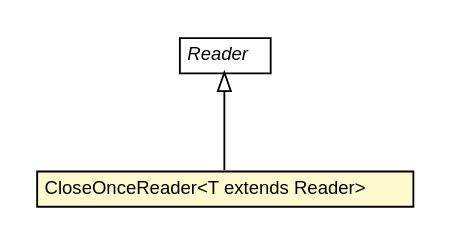
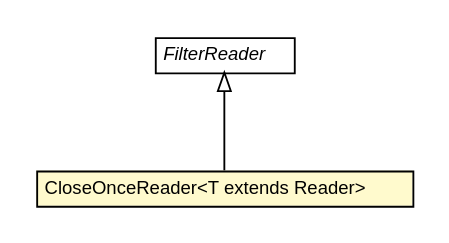
Before and after one commit to helderfpires/io-tools: the diagram in www/easystream/apidocs/com/gc/iotools/stream/reader/CloseOnceReader.dot, drawn with Graphviz. The commit also changed 189 other files, not shown here.

```diff
--- a/www/easystream/apidocs/com/gc/iotools/stream/reader/CloseOnceReader.dot
+++ b/www/easystream/apidocs/com/gc/iotools/stream/reader/CloseOnceReader.dot
@@ -1,26 +1,26 @@
 #!/usr/local/bin/dot
 #
 # Class diagram 
 # Generated by UMLGraph version 5.1 (http://www.umlgraph.org/)
 #
 
 digraph G {
 	edge [fontname="Helvetica",fontsize=10,labelfontname="Helvetica",labelfontsize=10];
 	node [fontname="Helvetica",fontsize=10,shape=plaintext];
 	nodesep=0.25;
 	ranksep=0.5;
 	// com.gc.iotools.stream.reader.CloseOnceReader<T extends java.io.Reader>
-	c1728 [label=<<table title="com.gc.iotools.stream.reader.CloseOnceReader" border="0" cellborder="1" cellspacing="0" cellpadding="2" port="p" bgcolor="lemonChiffon" href="./CloseOnceReader.html">
+	c802 [label=<<table title="com.gc.iotools.stream.reader.CloseOnceReader" border="0" cellborder="1" cellspacing="0" cellpadding="2" port="p" bgcolor="lemonChiffon" href="./CloseOnceReader.html">
 		<tr><td><table border="0" cellspacing="0" cellpadding="1">
 <tr><td align="center" balign="center"> CloseOnceReader&lt;T extends Reader&gt; </td></tr>
 		</table></td></tr>
 		</table>>, fontname="Helvetica", fontcolor="black", fontsize=10.0];
-	//com.gc.iotools.stream.reader.CloseOnceReader<T extends java.io.Reader> extends java.io.Reader
-	c1732:p -> c1728:p [dir=back,arrowtail=empty];
-	// java.io.Reader
-	c1732 [label=<<table title="java.io.Reader" border="0" cellborder="1" cellspacing="0" cellpadding="2" port="p" href="http://java.sun.com/j2se/1.5.0/docs/api/java/io/Reader.html">
+	//com.gc.iotools.stream.reader.CloseOnceReader<T extends java.io.Reader> extends java.io.FilterReader
+	c833:p -> c802:p [dir=back,arrowtail=empty];
+	// java.io.FilterReader
+	c833 [label=<<table title="java.io.FilterReader" border="0" cellborder="1" cellspacing="0" cellpadding="2" port="p" href="http://java.sun.com/javase/6/docs/api/java/io/FilterReader.html">
 		<tr><td><table border="0" cellspacing="0" cellpadding="1">
-<tr><td align="center" balign="center"><font face="Helvetica-Oblique"> Reader </font></td></tr>
+<tr><td align="center" balign="center"><font face="Helvetica-Oblique"> FilterReader </font></td></tr>
 		</table></td></tr>
 		</table>>, fontname="Helvetica", fontcolor="black", fontsize=10.0];
 }
```
